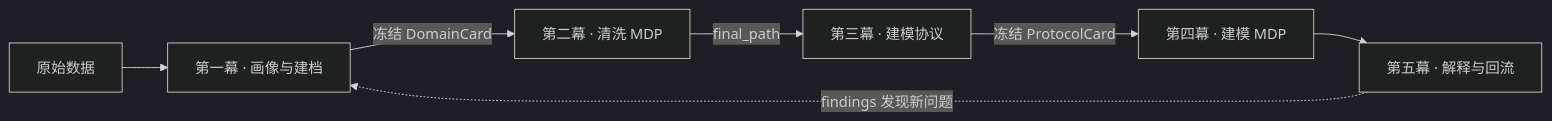
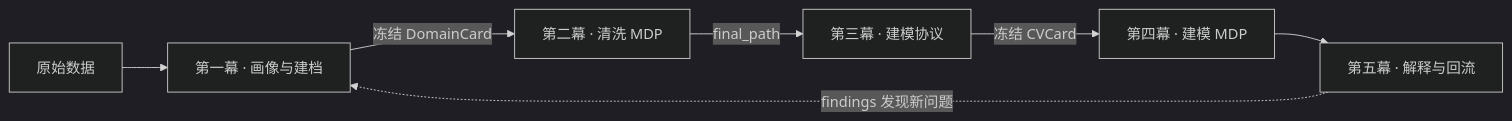
One commit to ifoodsci-ai/mflowy changed the diagram in docs/research-flow.md. Above: the diagram before and after it, drawn with Mermaid (dark theme). The commit also changed other lines of this file and 40 other files, not shown here.

````diff
--- a/docs/research-flow.md
+++ b/docs/research-flow.md
@@ -15,9 +15,9 @@
 ```mermaid
 flowchart LR
     D["原始数据"] --> S["第一幕 · 画像与建档"]
     S -->|冻结 DomainCard| C["第二幕 · 清洗 MDP"]
     C -->|final_path| B["第三幕 · 建模协议"]
-    B -->|冻结 ProtocolCard| M["第四幕 · 建模 MDP"]
+    B -->|冻结 CVCard| M["第四幕 · 建模 MDP"]
     M --> E["第五幕 · 解释与回流"]
     E -.findings 发现新问题.-> S
 ```
````
